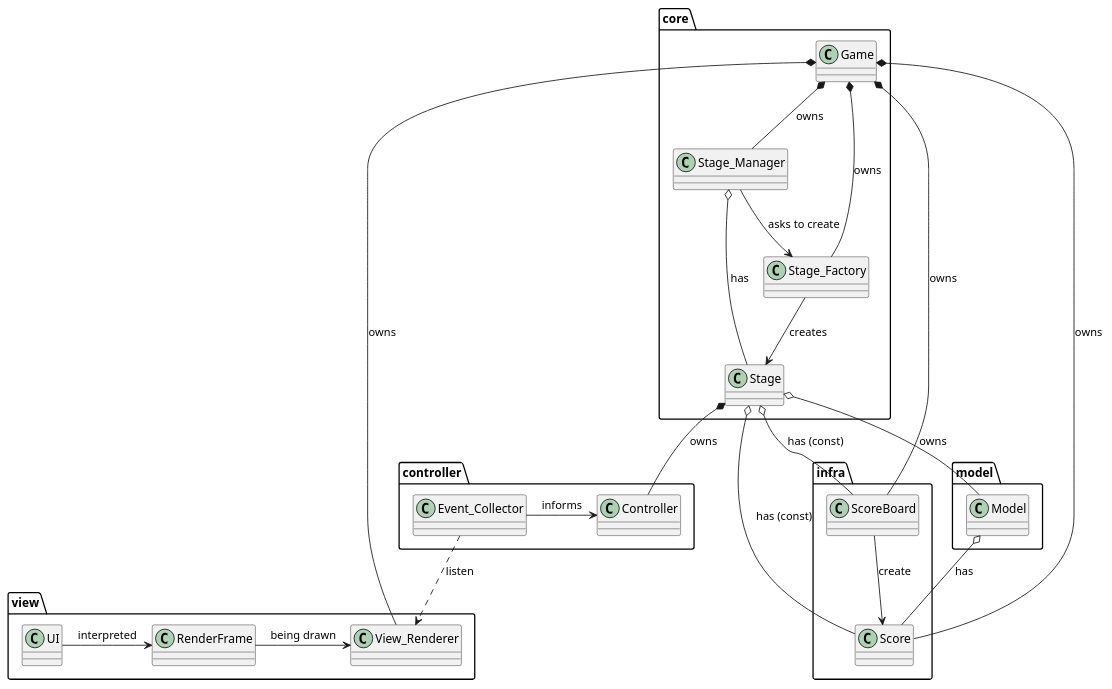
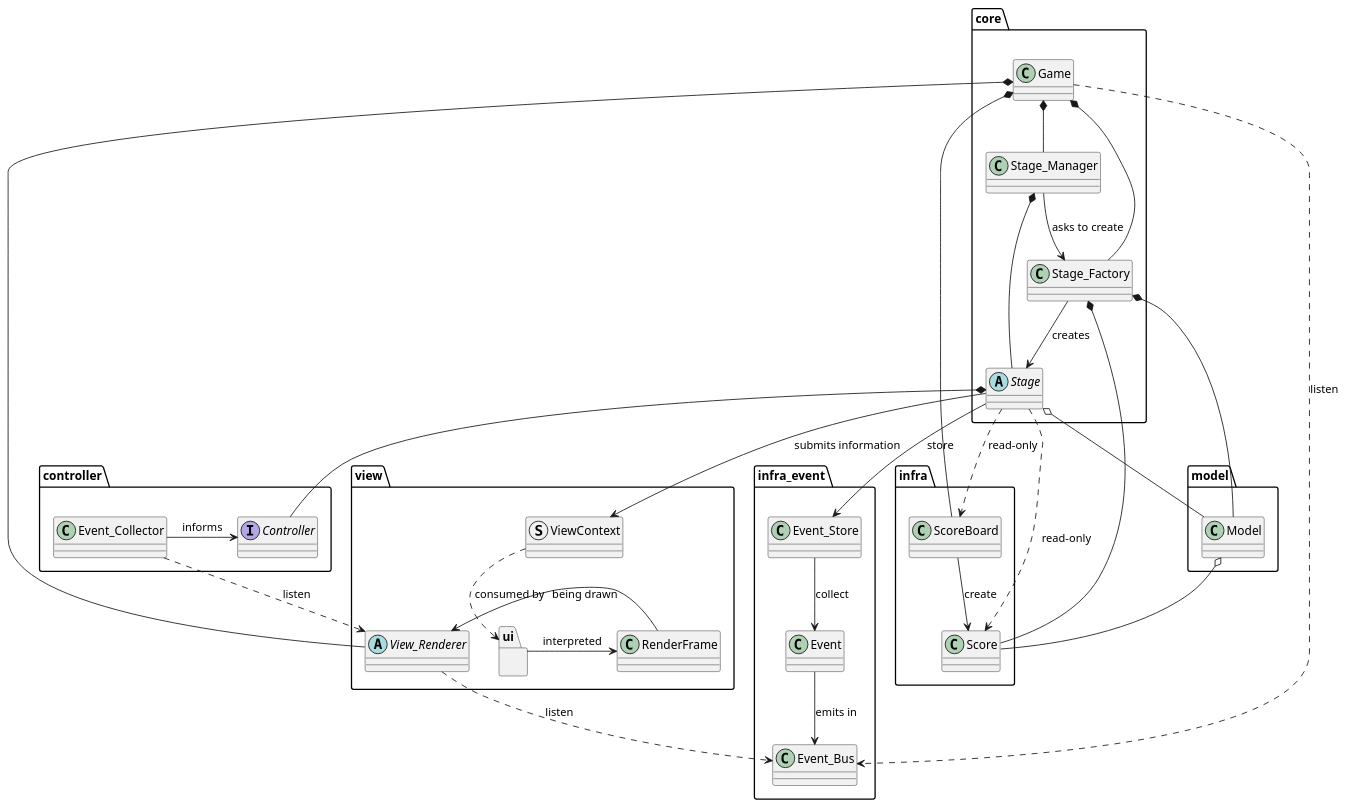
Before and after one commit to sukhoviidaniil/Pacman-AP-2025-2026: the diagram in report/game_logic.puml, drawn with PlantUML. The commit also changed 6 other files, not shown here.

```diff
--- a/report/game_logic.puml
+++ b/report/game_logic.puml
@@ -1,58 +1,77 @@
 @startuml
-
 
 package infra {
     class Score
     class ScoreBoard
+}
+
+package infra_event{
+    class Event
+    class Event_Bus
+    class Event_Store
 }
 
 package model {
     class Model
 }
 
 package view {
-    class View_Renderer
-    class UI
+    struct ViewContext
+    abstract class View_Renderer
+
+    package ui{
+    }
     class RenderFrame
 }
 
 package controller {
     class Event_Collector
-    class Controller
+    interface Controller
 }
 
 package core {
     class Game
-    class Stage
+    abstract class Stage
     class Stage_Manager
     class Stage_Factory
 }
 
-Model o-- Score: has
+ViewContext ..> ui: consumed by
+
+Event --> Event_Bus: emits in
+Event_Store --> Event: collect
 
 ScoreBoard --> Score : create
 
-UI -> RenderFrame: interpreted
+Model o-- Score
+
+ui -> RenderFrame: interpreted
 
 RenderFrame -> View_Renderer: being drawn
 
+View_Renderer ..> Event_Bus: listen
 
+Event_Collector -> Controller : informs
 Event_Collector ..> View_Renderer : listen
-Event_Collector -> Controller : informs
 
-Game *-- Score: owns
-Game *-- ScoreBoard: owns
-Game *-- Stage_Manager: owns
-Game *-- Stage_Factory: owns
-Game *-- View_Renderer: owns
+Stage *-- Controller
+Stage o-- Model
+Stage --> ViewContext: submits information
+Stage --> Event_Store: store
+Stage ..>  Score: read-only
+Stage ..>  ScoreBoard: read-only
 
-Stage_Manager o-- Stage: has
+Stage_Manager *-- Stage
 Stage_Manager -->Stage_Factory: asks to create
+
+Stage_Factory *-- Score
+Stage_Factory *-- Model
 Stage_Factory --> Stage: creates
 
-Stage *-- Controller: owns
-Stage o-- Model: owns
-Stage o-- Score: has (const)
-Stage o-- ScoreBoard: has (const)
+Game *-- ScoreBoard
+Game *-- Stage_Manager
+Game *-- Stage_Factory
+Game *-- View_Renderer
+Game ..> Event_Bus: listen
 
 @enduml
```
